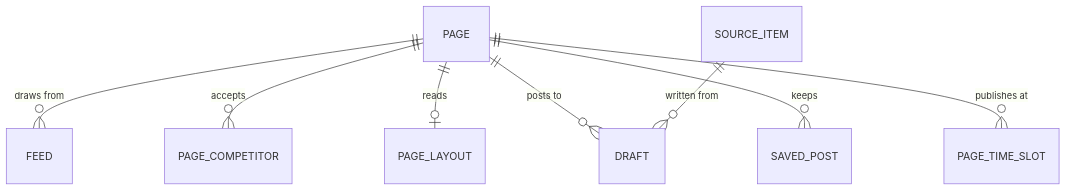
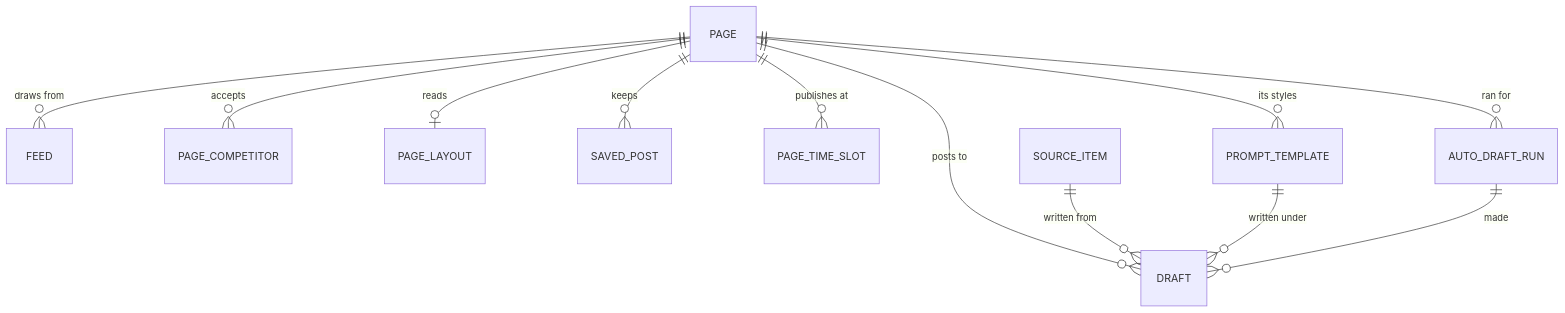
Before and after one commit to nauqh/fb-agent: the fourth of 4 diagrams in README.md, drawn with Mermaid. The commit also changed other lines of this file, not shown here.

````diff
--- a/README.md
+++ b/README.md
@@ -202,10 +220,14 @@
 ```mermaid
 erDiagram
     PAGE ||--o{ FEED : "draws from"
     PAGE ||--o{ PAGE_COMPETITOR : "accepts"
     PAGE ||--o| PAGE_LAYOUT : "reads"
     PAGE ||--o{ DRAFT : "posts to"
     PAGE ||--o{ SAVED_POST : "keeps"
     PAGE ||--o{ PAGE_TIME_SLOT : "publishes at"
+    PAGE ||--o{ PROMPT_TEMPLATE : "its styles"
+    PAGE ||--o{ AUTO_DRAFT_RUN : "ran for"
     SOURCE_ITEM ||--o{ DRAFT : "written from"
+    PROMPT_TEMPLATE ||--o{ DRAFT : "written under"
+    AUTO_DRAFT_RUN ||--o{ DRAFT : "made"
 ```
````
